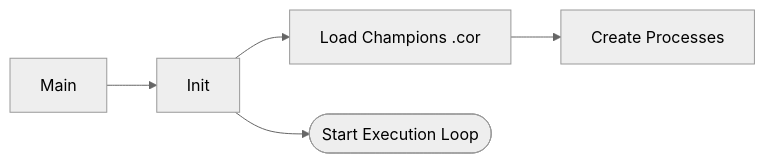
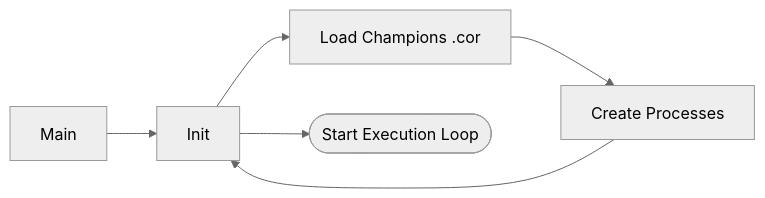
One commit to Davphla/corewar-hackathon changed the first of 8 diagrams in presentation/slides-booster.md. Above: the diagram before and after it, drawn with Mermaid (neutral theme). The commit also changed 1 other file, not shown here.

Commit message:
fix: update argument type for 'live' instruction and adjust execution flow in slides

````diff
--- a/presentation/slides-booster.md
+++ b/presentation/slides-booster.md
@@ -103,7 +103,8 @@
 ```mermaid
 graph LR
   A[Main] --> B[Init]
   B --> C[Load Champions .cor]
   C --> D[Create Processes]
+  D --> B
   B --> E([Start Execution Loop])
 ```
````
